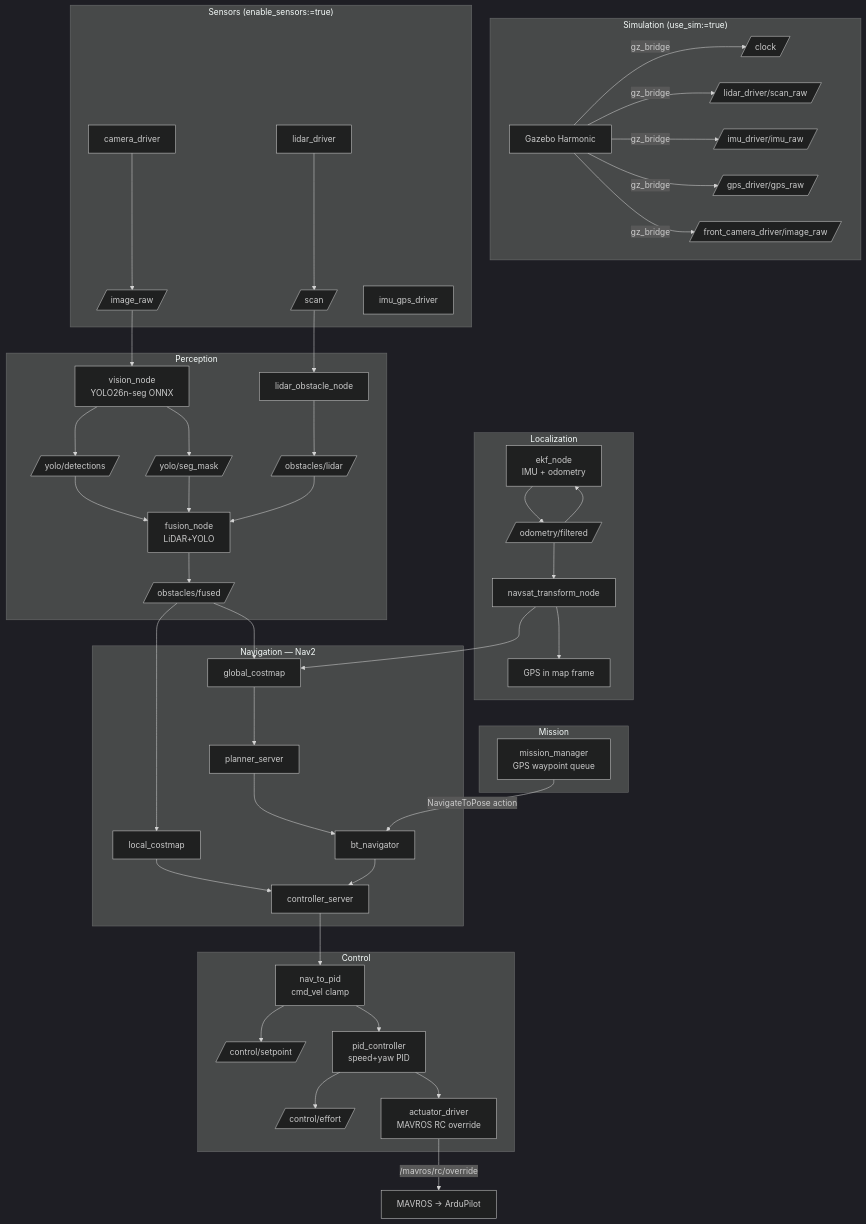
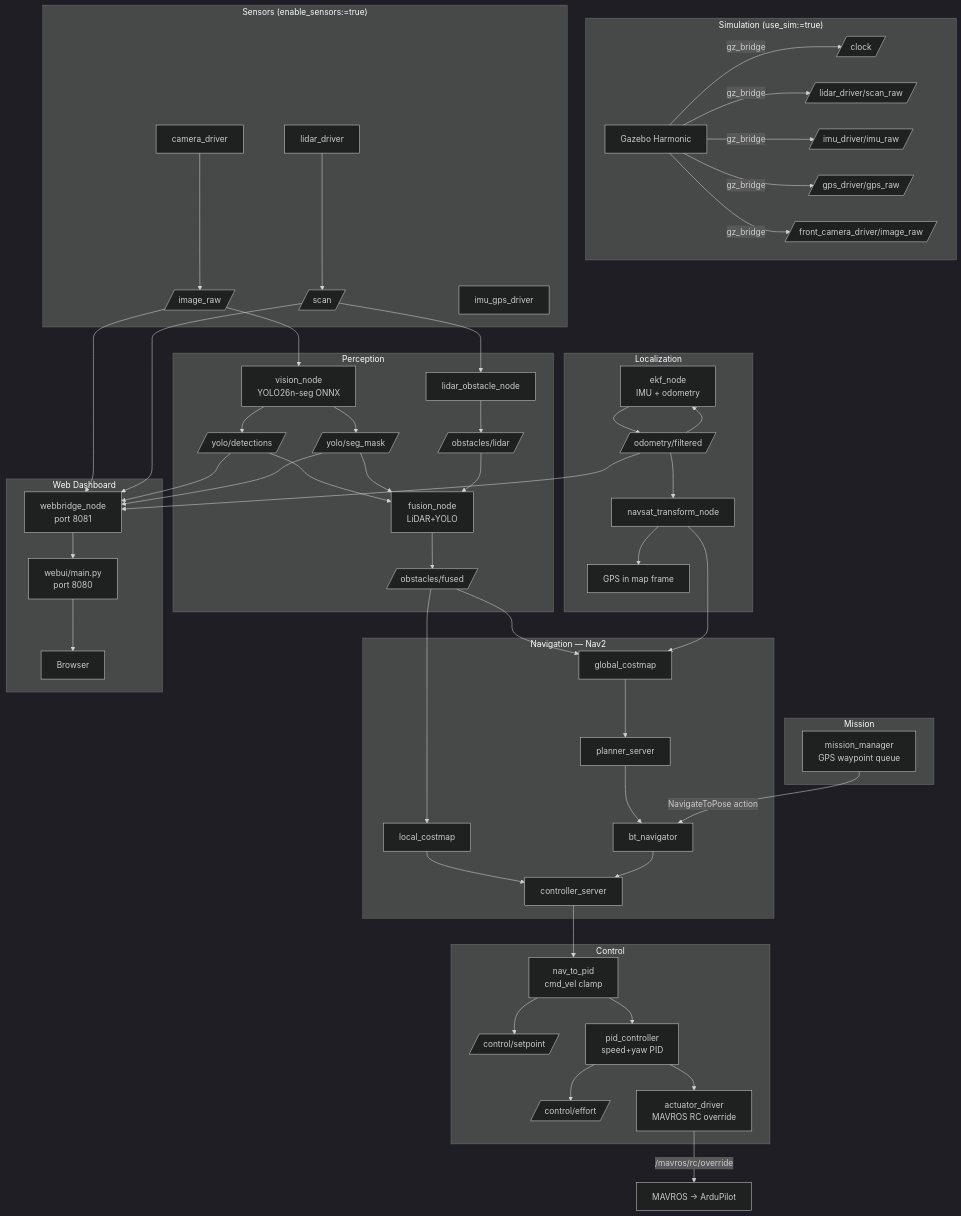
One commit to NODE-Engineering-Club/node-ros-2026 changed the diagram in README.md. Above: the diagram before and after it, drawn with Mermaid (dark theme). The commit also changed other lines of this file and 3 other files, not shown here.

````diff
--- a/README.md
+++ b/README.md
@@ -80,66 +188,76 @@
 ```mermaid
 flowchart TD
     subgraph Sim["Simulation (use_sim:=true)"]
         GZ[Gazebo Harmonic] -->|gz_bridge| CLK[/clock/]
         GZ -->|gz_bridge| LIDAR_SIM[/lidar_driver/scan_raw/]
         GZ -->|gz_bridge| IMU_SIM[/imu_driver/imu_raw/]
         GZ -->|gz_bridge| GPS_SIM[/gps_driver/gps_raw/]
         GZ -->|gz_bridge| CAM_SIM[/front_camera_driver/image_raw/]
     end
 
     subgraph Sensors["Sensors (enable_sensors:=true)"]
         LD[lidar_driver] --> Scan[/scan/]
         CD[camera_driver] --> Image[/image_raw/]
         IG[imu_gps_driver]
     end
 
     subgraph Perception
         Y[vision_node<br/>YOLO26n-seg ONNX] --> Det[/yolo/detections/]
         Y --> Mask[/yolo/seg_mask/]
         LO[lidar_obstacle_node] --> LidarPts[/obstacles/lidar/]
         FN[fusion_node<br/>LiDAR+YOLO] --> Fused[/obstacles/fused/]
     end
 
     subgraph Localization
         EKF[ekf_node<br/>IMU + odometry] --> OdomF[/odometry/filtered/]
         NS[navsat_transform_node] --> GPSF[GPS in map frame]
     end
 
     subgraph Navigation["Navigation — Nav2"]
         GCM[global_costmap]
         LCM[local_costmap]
         PS[planner_server]
         CS[controller_server]
         BT[bt_navigator]
     end
 
     subgraph Control
         N2P[nav_to_pid<br/>cmd_vel clamp] --> SP[/control/setpoint/]
         PID[pid_controller<br/>speed+yaw PID] --> Effort[/control/effort/]
         ACT[actuator_driver<br/>MAVROS RC override]
     end
 
     subgraph Mission
         MM[mission_manager<br/>GPS waypoint queue]
     end
 
+    subgraph Dashboard["Web Dashboard"]
+        WB[webbridge_node<br/>port 8081] --> WUI[webui/main.py<br/>port 8080]
+        WUI --> Browser[Browser]
+    end
+
     Image --> Y
     Scan --> LO
     Det --> FN
     Mask --> FN
     LidarPts --> FN
     Fused --> GCM
     Fused --> LCM
     OdomF --> EKF
     OdomF --> NS
     NS --> GCM
     GCM --> PS
     LCM --> CS
     PS --> BT
     BT --> CS
     CS --> N2P
     N2P --> PID
     PID --> ACT
     ACT -->|/mavros/rc/override| MAVROS[MAVROS → ArduPilot]
     MM -->|NavigateToPose action| BT
+    Image --> WB
+    Scan --> WB
+    Det --> WB
+    Mask --> WB
+    OdomF --> WB
 ```
````
